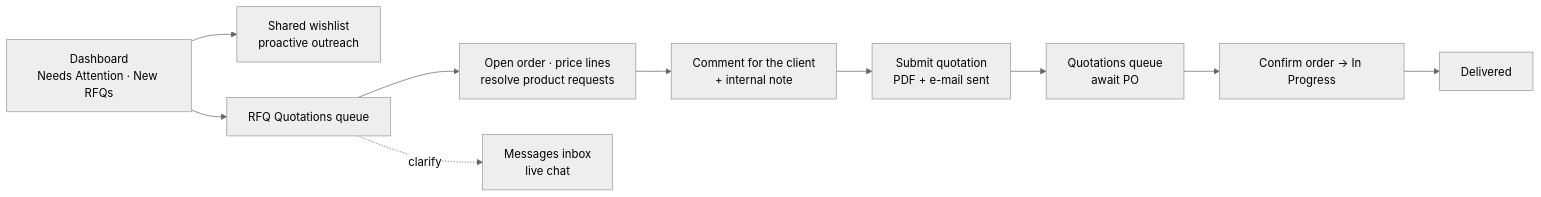
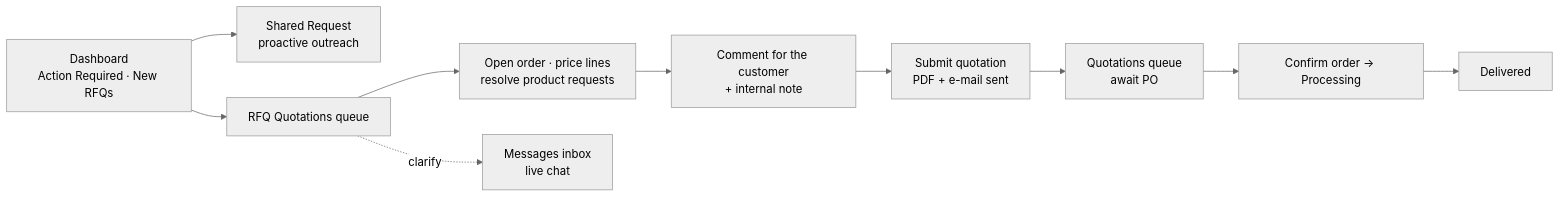
The sixth of 8 diagrams in docs/b2b_ecommerce_docs/_technical_docs/011-Navigation-and-User-Journeys.md (LaplaceSoftware/lp_projects_docs), drawn with Mermaid (neutral theme) before and after one commit. The commit also changed other lines of this file and 48 other files, not shown here.

````diff
--- a/docs/b2b_ecommerce_docs/_technical_docs/011-Navigation-and-User-Journeys.md
+++ b/docs/b2b_ecommerce_docs/_technical_docs/011-Navigation-and-User-Journeys.md
@@ -183,12 +183,12 @@
 ```mermaid
 flowchart LR
-    A["Dashboard<br/>Needs Attention · New RFQs"] --> B["Shared wishlist<br/>proactive outreach"]
+    A["Dashboard<br/>Action Required · New RFQs"] --> B["Shared Request<br/>proactive outreach"]
     A --> C["RFQ Quotations queue"]
     C --> D["Open order · price lines<br/>resolve product requests"]
-    D --> E["Comment for the client<br/>+ internal note"]
+    D --> E["Comment for the customer<br/>+ internal note"]
     E --> F["Submit quotation<br/>PDF + e-mail sent"]
     F --> G["Quotations queue<br/>await PO"]
-    G --> H["Confirm order → In Progress"]
+    G --> H["Confirm order → Processing"]
     H --> I["Delivered"]
     C -.->|"clarify"| J["Messages inbox<br/>live chat"]
 ```
````
